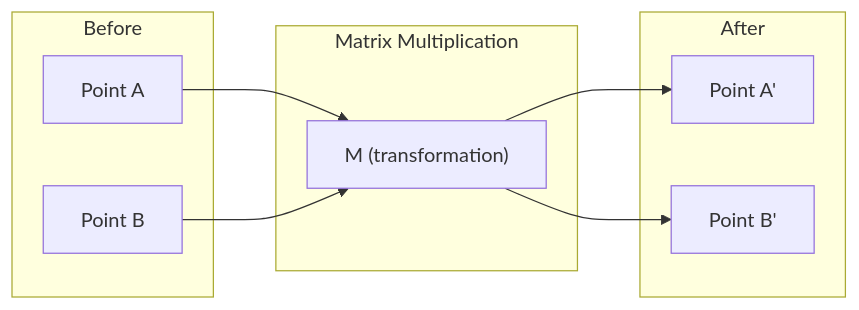
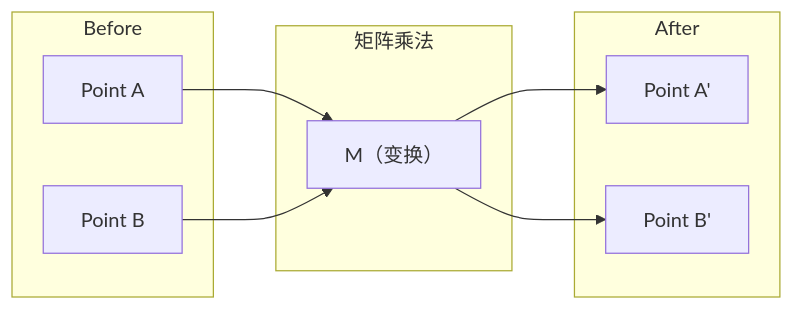
The first of 2 diagrams in phases/01-math-foundations/01-linear-algebra-intuition/docs/zh.md (omigaZen/ai-engineering-from-scratch), drawn with Mermaid before and after one commit. The commit also changed other lines of this file, not shown here.

````diff
--- a/phases/01-math-foundations/01-linear-algebra-intuition/docs/zh.md
+++ b/phases/01-math-foundations/01-linear-algebra-intuition/docs/zh.md
@@ -46,18 +46,18 @@
 ```mermaid
 graph LR
     subgraph Before
         A["Point A"]
         B["Point B"]
     end
-    subgraph Matrix["Matrix Multiplication"]
-        M["M (transformation)"]
+    subgraph Matrix["矩阵乘法"]
+        M["M（变换）"]
     end
     subgraph After
         A2["Point A'"]
         B2["Point B'"]
     end
     A --> M
     B --> M
     M --> A2
     M --> B2
 ```
````
